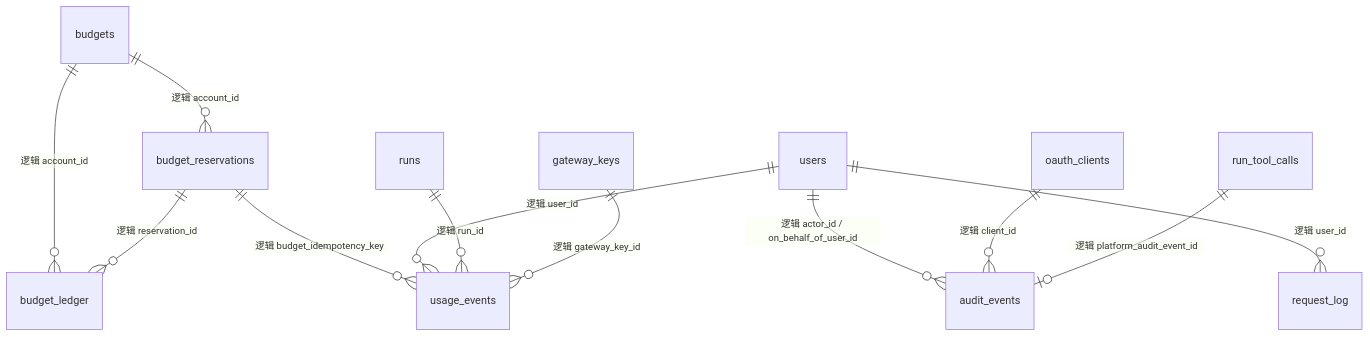
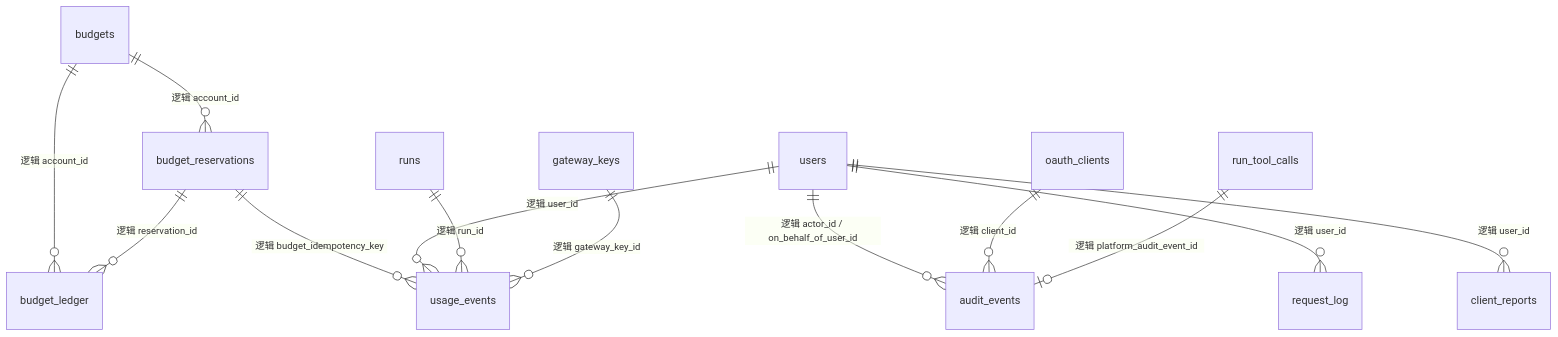
The fourth of 4 diagrams in packages/db/src/db-schema.md (linjiejim/greenhouse), drawn with Mermaid before and after one commit. The commit also changed other lines of this file and 23 other files, not shown here.

First line of the commit message:
feat(api): store client error reports and group them for supers

````diff
--- a/packages/db/src/db-schema.md
+++ b/packages/db/src/db-schema.md
@@ -336,14 +344,15 @@
 ```mermaid
 erDiagram
     budgets ||--o{ budget_reservations : "逻辑 account_id"
     budgets ||--o{ budget_ledger : "逻辑 account_id"
     budget_reservations ||--o{ budget_ledger : "逻辑 reservation_id"
     budget_reservations ||--o{ usage_events : "逻辑 budget_idempotency_key"
     users ||--o{ usage_events : "逻辑 user_id"
     runs ||--o{ usage_events : "逻辑 run_id"
     gateway_keys ||--o{ usage_events : "逻辑 gateway_key_id"
     users ||--o{ audit_events : "逻辑 actor_id / on_behalf_of_user_id"
     oauth_clients ||--o{ audit_events : "逻辑 client_id"
     run_tool_calls ||--o| audit_events : "逻辑 platform_audit_event_id"
     users ||--o{ request_log : "逻辑 user_id"
+    users ||--o{ client_reports : "逻辑 user_id"
 ```
````
